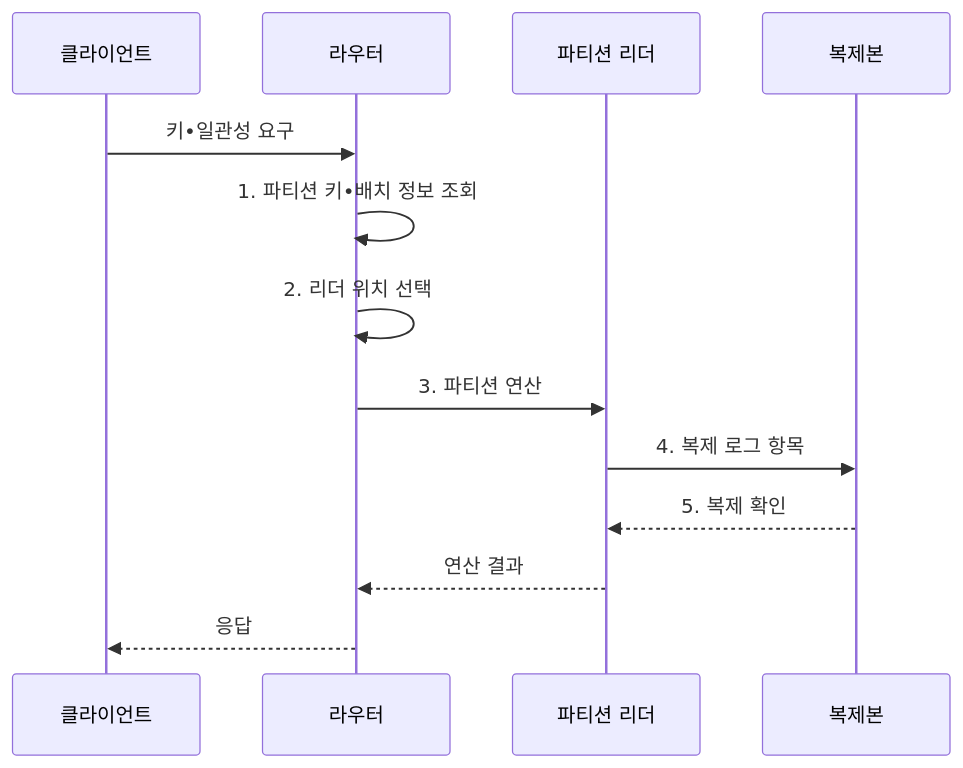
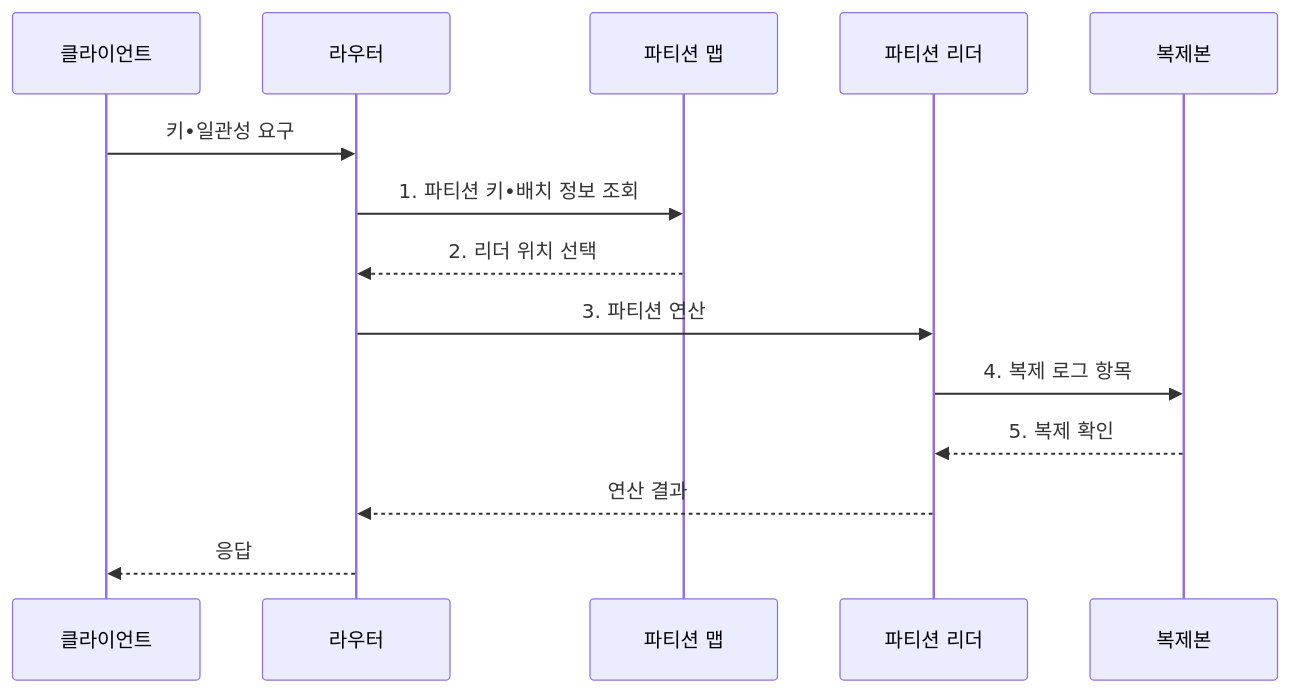
One commit to agnusdei1207/knowledge-base changed the second of 2 diagrams in src/content/docs/notes/03-software/114_distributed_database.md. Above: the diagram before and after it, drawn with Mermaid. The commit also changed other lines of this file and 13 other files, not shown here.

````diff
--- a/src/content/docs/notes/03-software/114_distributed_database.md
+++ b/src/content/docs/notes/03-software/114_distributed_database.md
@@ -114,15 +114,16 @@
 ```mermaid
 sequenceDiagram
     participant C as 클라이언트
     participant R as 라우터
+    participant M as 파티션 맵
     participant L as 파티션 리더
     participant F as 복제본
     C->>R: 키•일관성 요구
-    R->>R: 1. 파티션 키•배치 정보 조회
-    R->>R: 2. 리더 위치 선택
+    R->>M: 1. 파티션 키•배치 정보 조회
+    M-->>R: 2. 리더 위치 선택
     R->>L: 3. 파티션 연산
     L->>F: 4. 복제 로그 항목
     F-->>L: 5. 복제 확인
     L-->>R: 연산 결과
     R-->>C: 응답
 ```
````
